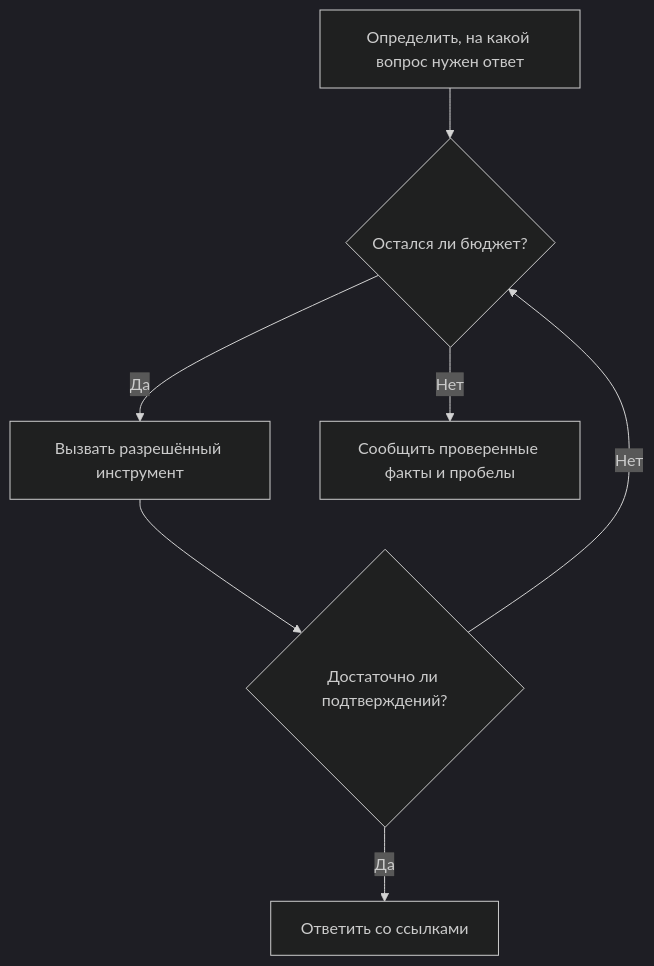
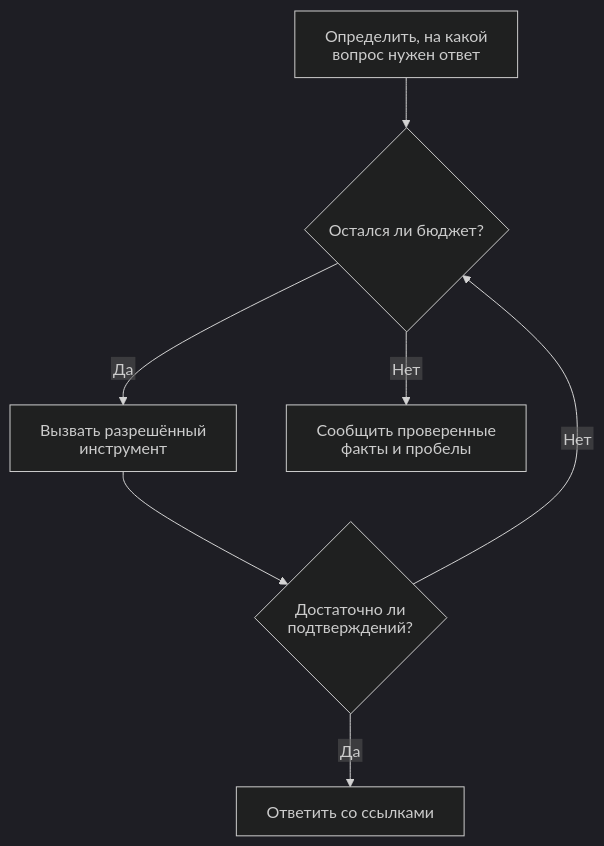
The ninth of 9 diagrams in 04-interview-cheatsheets/linkedin-saved-posts-qa.md (mrnamazbek/ultimate-data-engineering-interview-ru), drawn with Mermaid (dark theme) before and after one commit. The commit also changed other lines of this file, not shown here.

Commit message:
docs: fix clipped Mermaid labels on GitHub

````diff
--- a/04-interview-cheatsheets/linkedin-saved-posts-qa.md
+++ b/04-interview-cheatsheets/linkedin-saved-posts-qa.md
@@ -641,9 +669,13 @@
 ```mermaid
+---
+config:
+  htmlLabels: false
+---
 flowchart TD
     ask["Определить, на какой вопрос нужен ответ"] --> budget{"Остался ли бюджет?"}
     budget -->|Да| search["Вызвать разрешённый инструмент"]
     budget -->|Нет| partial["Сообщить проверенные факты и пробелы"]
     search --> evidence{"Достаточно ли подтверждений?"}
     evidence -->|Да| answer["Ответить со ссылками"]
     evidence -->|Нет| budget
 ```
````
